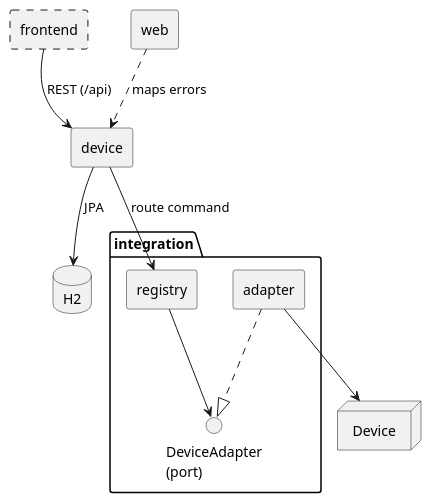
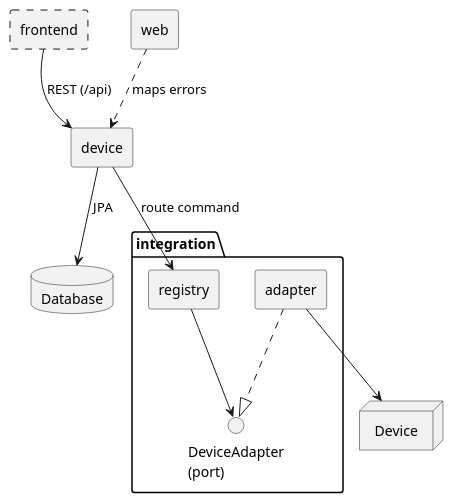
Before and after one commit to FelixGeisler/SmartHome: the diagram in docs/modules/ROOT/pages/05-building-block-view.adoc, drawn with PlantUML. The commit also changed 15 other files, not shown here.

```diff
--- a/docs/modules/ROOT/pages/05-building-block-view.adoc
+++ b/docs/modules/ROOT/pages/05-building-block-view.adoc
@@ -3,25 +3,25 @@
 [plantuml,building-blocks,svg]
 ----
 @startuml
 skinparam componentStyle rectangle
 
 [frontend] #line.dashed
 [web]
 [device]
 package "integration" {
   interface "DeviceAdapter\n(port)" as port
   [registry]
   [adapter]
 }
-database "H2" as h2
+database "Database" as db
 node "Device" as dev
 
 [frontend] --> [device] : REST (/api)
 [web] ..> [device] : maps errors
-[device] --> h2 : JPA
+[device] --> db : JPA
 [device] --> [registry] : route command
 [registry] --> port
 [adapter] ..|> port
 [adapter] --> dev
 @enduml
 ----
```
